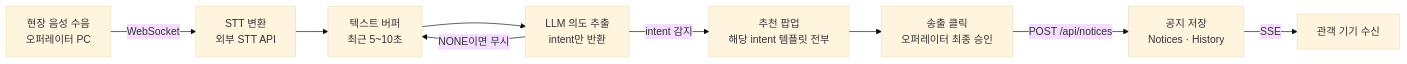
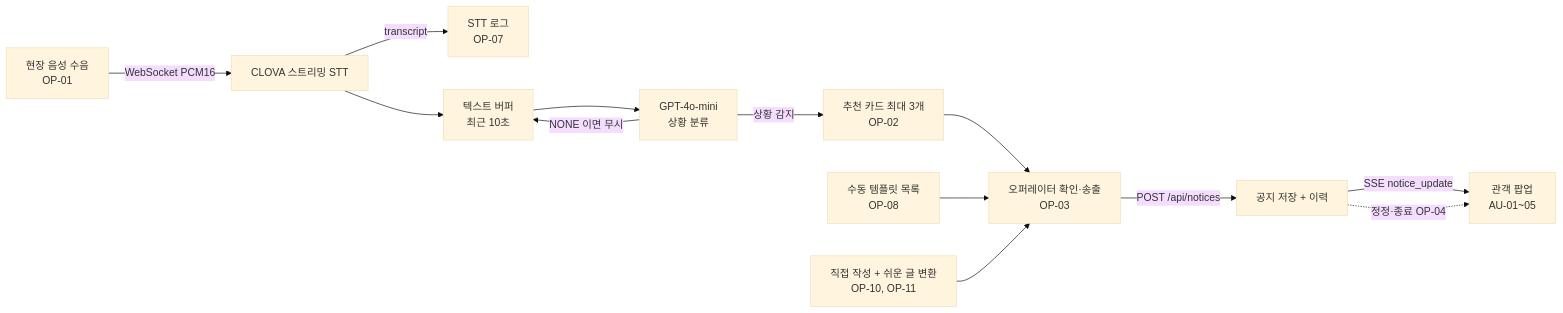
The first of 2 diagrams in README.md (eunjinpk/kakao_back), drawn with Mermaid (base theme) before and after one commit. The commit also changed other lines of this file, not shown here.

````diff
--- a/README.md
+++ b/README.md
@@ -43,11 +85,15 @@
 ```mermaid
 flowchart LR
-    A[현장 음성 수음<br/>오퍼레이터 PC] -->|WebSocket| B[STT 변환<br/>외부 STT API]
-    B --> C[텍스트 버퍼<br/>최근 5~10초]
-    C --> D[LLM 의도 추출<br/>intent만 반환]
-    D -->|NONE이면 무시| C
-    D -->|intent 감지| E[추천 팝업<br/>해당 intent 템플릿 전부]
-    E --> F[송출 클릭<br/>오퍼레이터 최종 승인]
-    F -->|POST /api/notices| G[공지 저장<br/>Notices · History]
-    G -->|SSE| H[관객 기기 수신]
+    A[현장 음성 수음<br/>OP-01] -->|WebSocket PCM16| B[CLOVA 스트리밍 STT]
+    B -->|transcript| L[STT 로그<br/>OP-07]
+    B --> C[텍스트 버퍼<br/>최근 10초]
+    C --> D[GPT-4o-mini<br/>상황 분류]
+    D -->|NONE 이면 무시| C
+    D -->|상황 감지| E[추천 카드 최대 3개<br/>OP-02]
+    E --> F[오퍼레이터 확인·송출<br/>OP-03]
+    M[수동 템플릿 목록<br/>OP-08] --> F
+    W[직접 작성 + 쉬운 글 변환<br/>OP-10, OP-11] --> F
+    F -->|POST /api/notices| G[공지 저장 + 이력]
+    G -->|SSE notice_update| H[관객 팝업<br/>AU-01~05]
+    G -.정정·종료 OP-04.-> H
 ```
````
